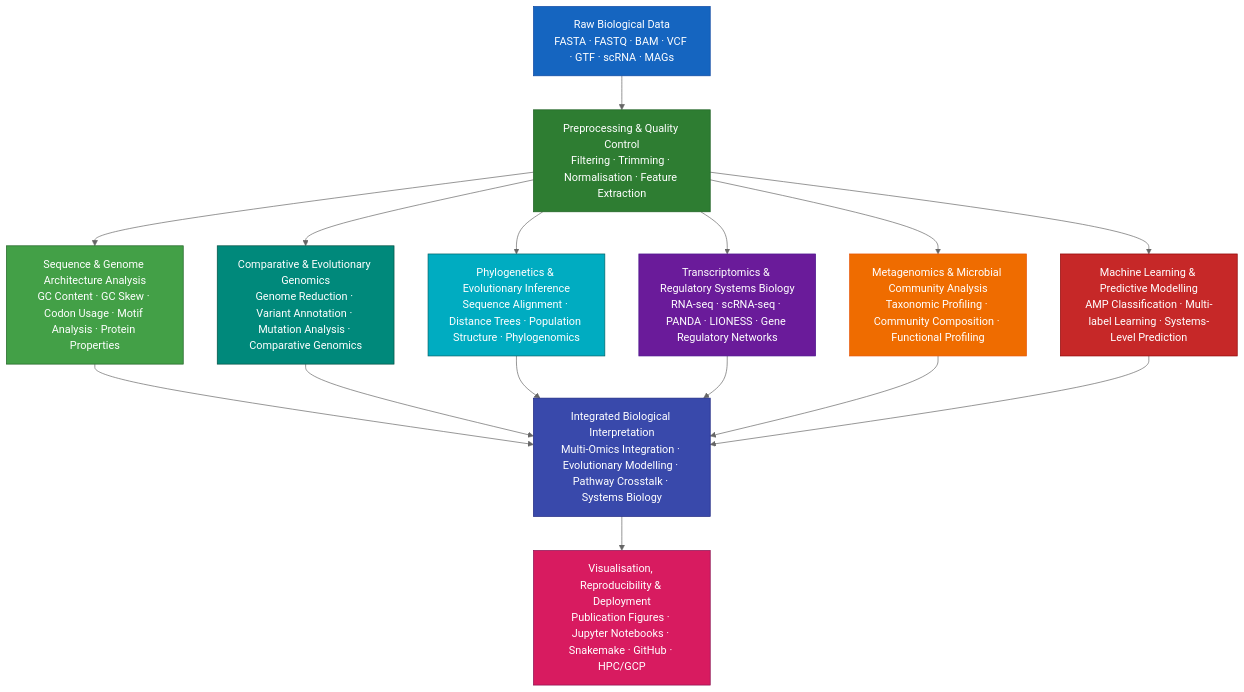
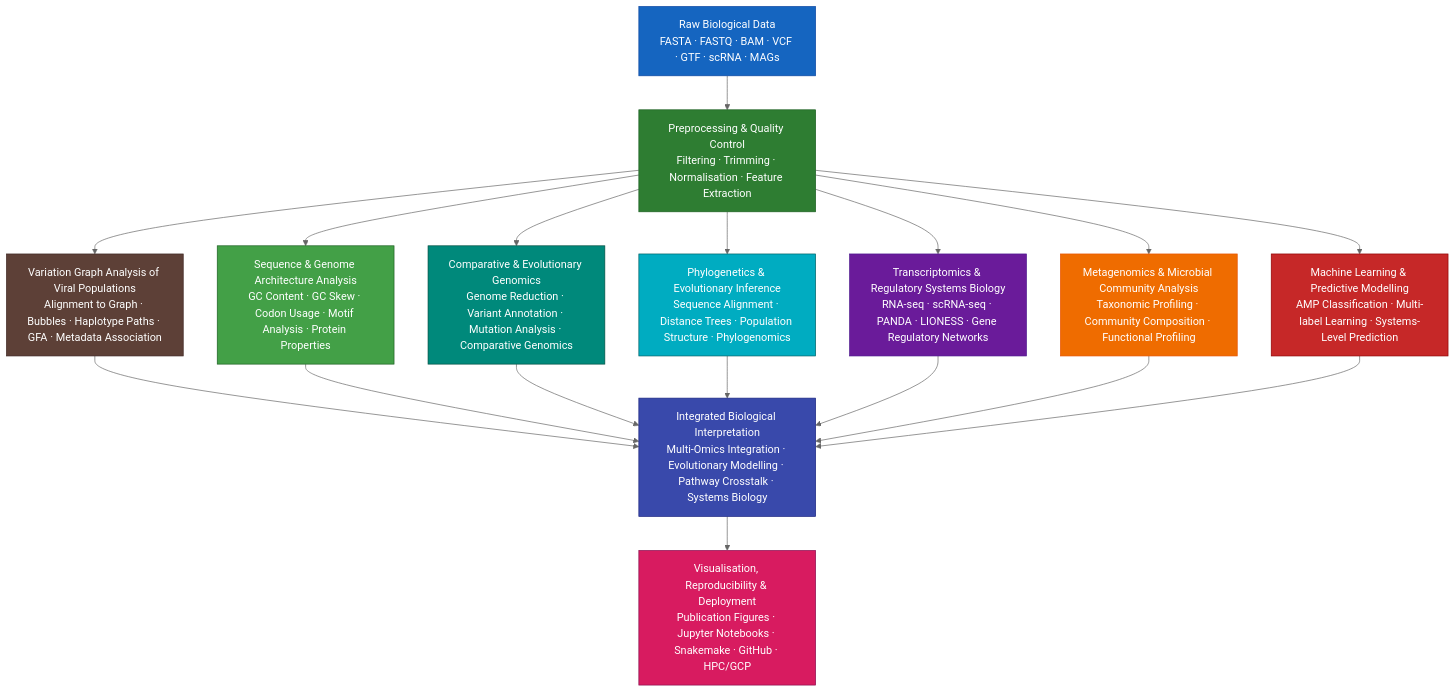
The diagram in README.md (Aridoge13/Computational_Biology), drawn with Mermaid (neutral theme) before and after one commit. The commit also changed other lines of this file and 1 other file, not shown here.

````diff
--- a/README.md
+++ b/README.md
@@ -122,6 +132,11 @@
   B --> G["Metagenomics & Microbial Community Analysis<br/>Taxonomic Profiling · Community Composition · Functional Profiling"]
 
   B --> H["Machine Learning & Predictive Modelling<br/>AMP Classification · Multi-label Learning · Systems-Level Prediction"]
+  B --> K["Variation Graph Analysis of Viral Populations<br/>Alignment to Graph · Bubbles · Haplotype Paths · GFA · Metadata Association"]
+
+  K --> I
+
+  
 
   %% =====================================================
   %% INTEGRATION LAYER
@@ -156,6 +171,8 @@
   classDef meta fill:#ef6c00,stroke:#e65100,color:#fff
   classDef ml fill:#c62828,stroke:#8e0000,color:#fff
 
+  classDef vgraph fill:#5d4037,stroke:#3e2723,color:#fff
+
   classDef integrate fill:#3949ab,stroke:#1a237e,color:#fff
   classDef output fill:#d81b60,stroke:#880e4f,color:#fff
 
@@ -175,4 +192,5 @@
 
   class I integrate
   class J output
+  class K vgraph
 ```
````
